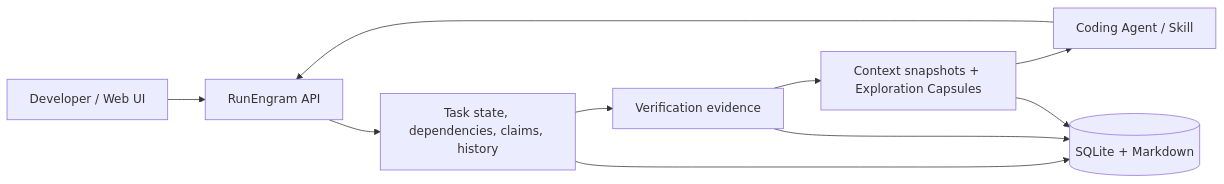
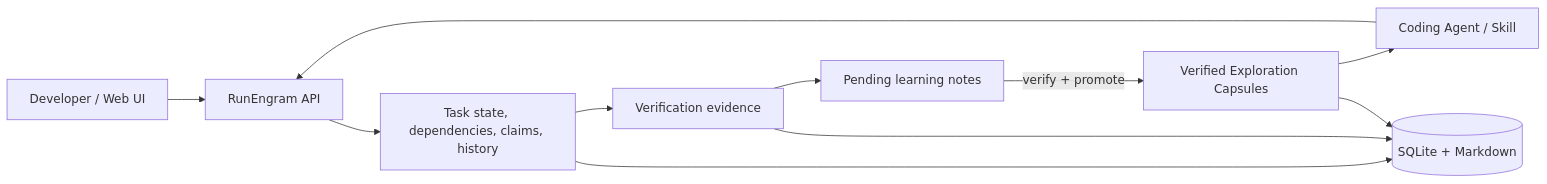
One commit to MoonTseng/RunEngram changed the diagram in README.md. Above: the diagram before and after it, drawn with Mermaid. The commit also changed other lines of this file and 3 other files, not shown here.

````diff
--- a/README.md
+++ b/README.md
@@ -201,20 +217,22 @@
 ```mermaid
 flowchart LR
     Human["Developer / Web UI"]
     Agent["Coding Agent / Skill"]
     API["RunEngram API"]
     Task["Task state, dependencies, claims, history"]
     Evidence["Verification evidence"]
-    Learning["Context snapshots + Exploration Capsules"]
+    Candidate["Pending learning notes"]
+    Learning["Verified Exploration Capsules"]
     Store[("SQLite + Markdown")]
 
     Human --> API
     Agent --> API
     API --> Task
     Task --> Evidence
-    Evidence --> Learning
+    Evidence --> Candidate
+    Candidate -->|"verify + promote"| Learning
     Learning --> Agent
     Task --> Store
     Evidence --> Store
     Learning --> Store
 ```
````
